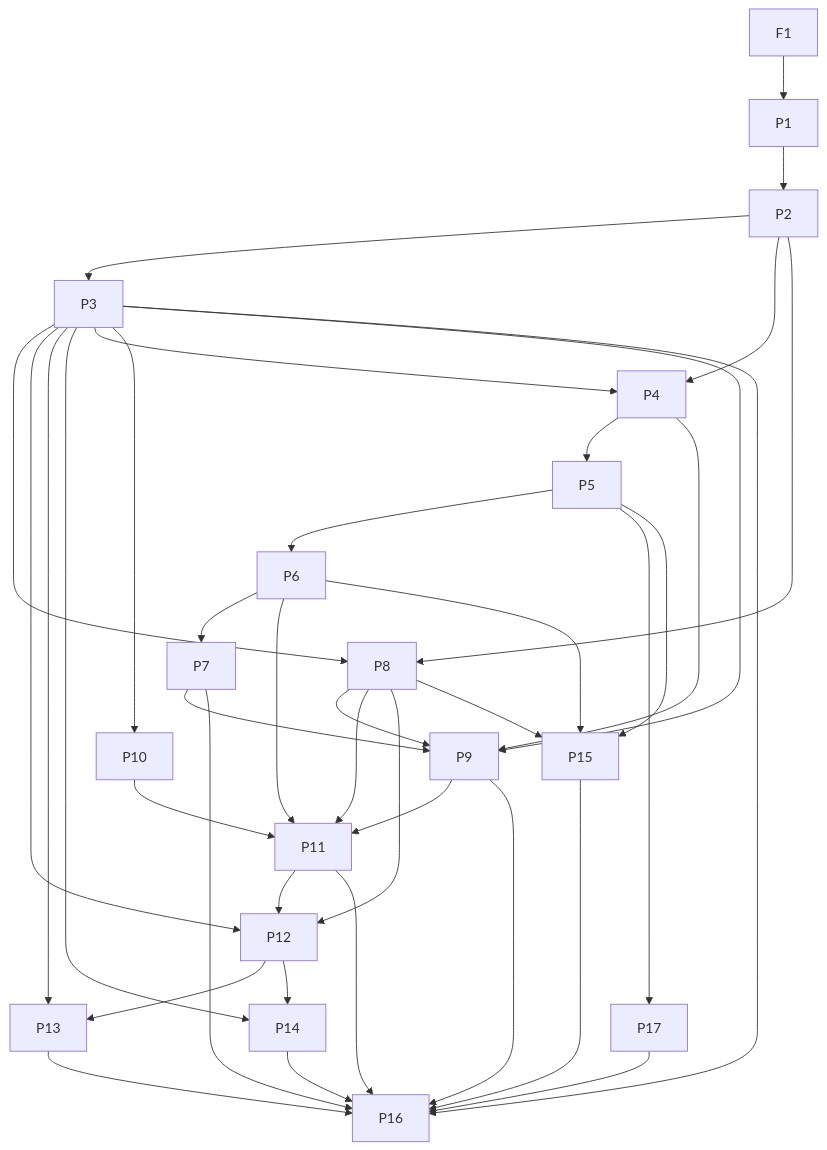
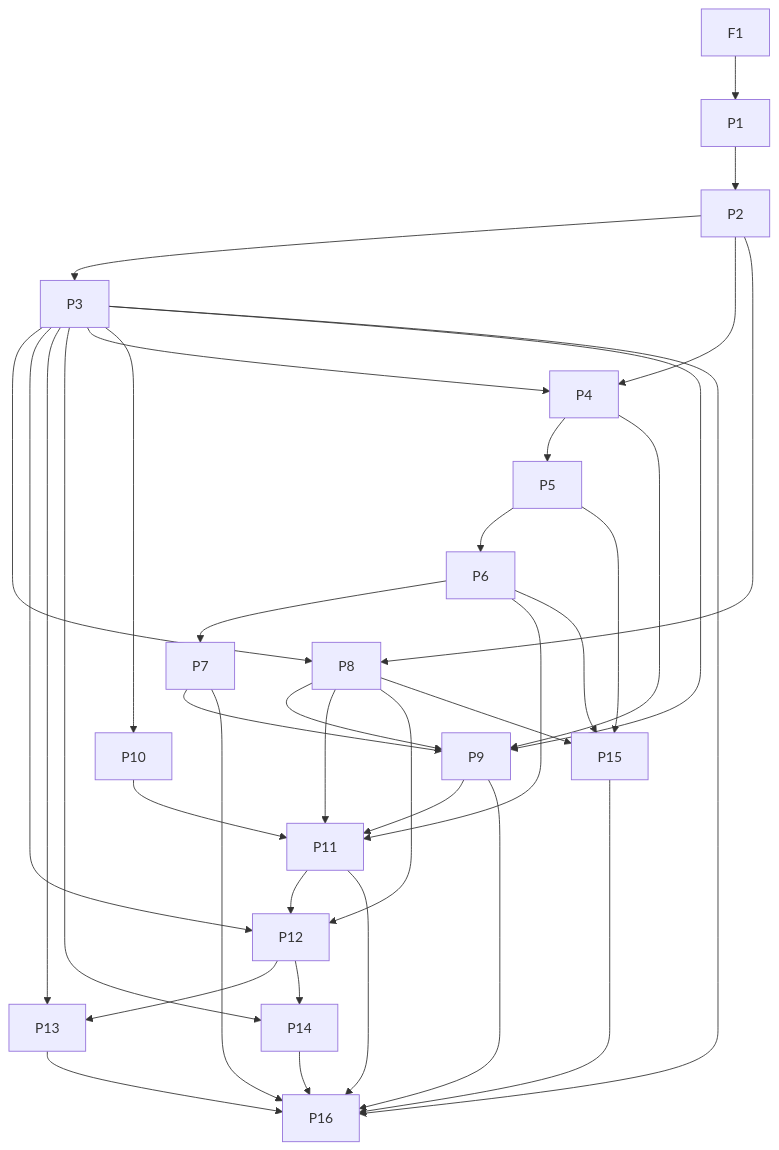
Before and after one commit to systemfsoftware/effect-e2e: the second of 2 diagrams in docs/plans/2026-11-10-0232-feat-e2e-bar-slop-refusal-plan.md, drawn with Mermaid. The commit also changed other lines of this file, not shown here.

````diff
--- a/docs/plans/2026-11-10-0232-feat-e2e-bar-slop-refusal-plan.md
+++ b/docs/plans/2026-11-10-0232-feat-e2e-bar-slop-refusal-plan.md
@@ -310,36 +313,34 @@
 ```mermaid
 flowchart TB
   F1 --> P1 --> P2
   P2 --> P3
   P3 --> P8
   P3 --> P12
   P3 --> P13
   P3 --> P14
   P2 --> P4
   P3 --> P4 --> P5 --> P6 --> P7
-  P5 --> P17
   P2 --> P8 --> P9
   P4 --> P9
   P7 --> P9
   P3 --> P10
   P6 --> P11
   P9 --> P11
   P3 --> P9
   P8 --> P11
   P10 --> P11
   P8 --> P12
   P11 --> P12
   P12 --> P13
   P12 --> P14
   P5 --> P15
   P6 --> P15
   P8 --> P15
   P7 --> P16
   P9 --> P16
   P11 --> P16
   P13 --> P16
   P14 --> P16
   P15 --> P16
-  P17 --> P16
   P3 --> P16
 ```
````
